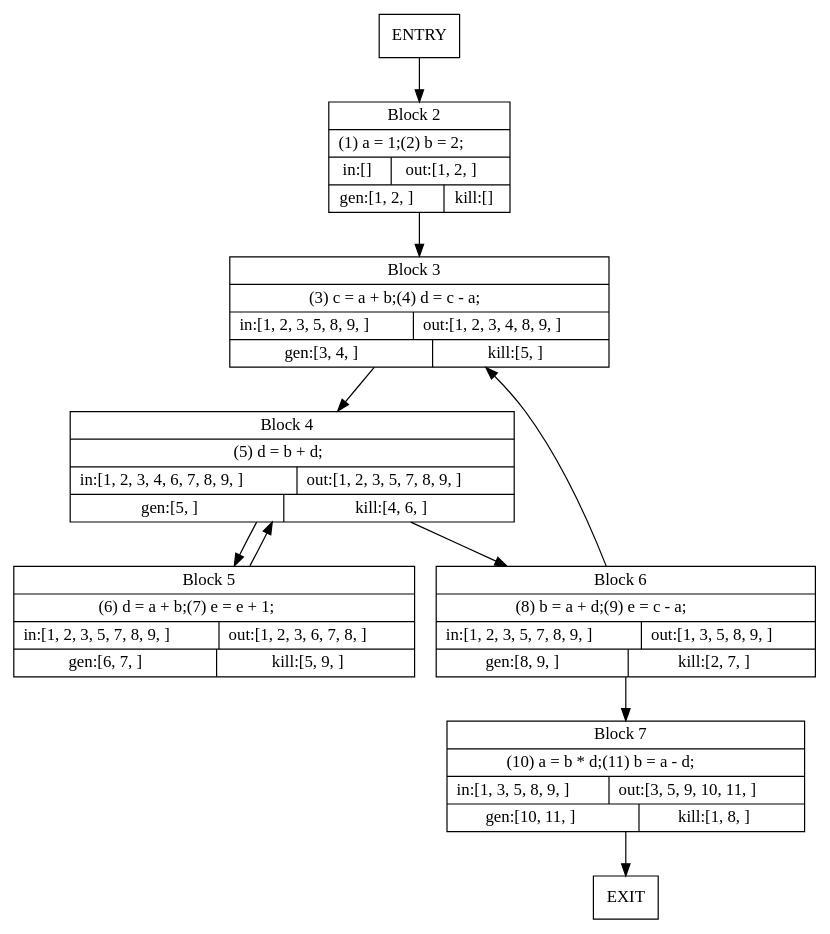
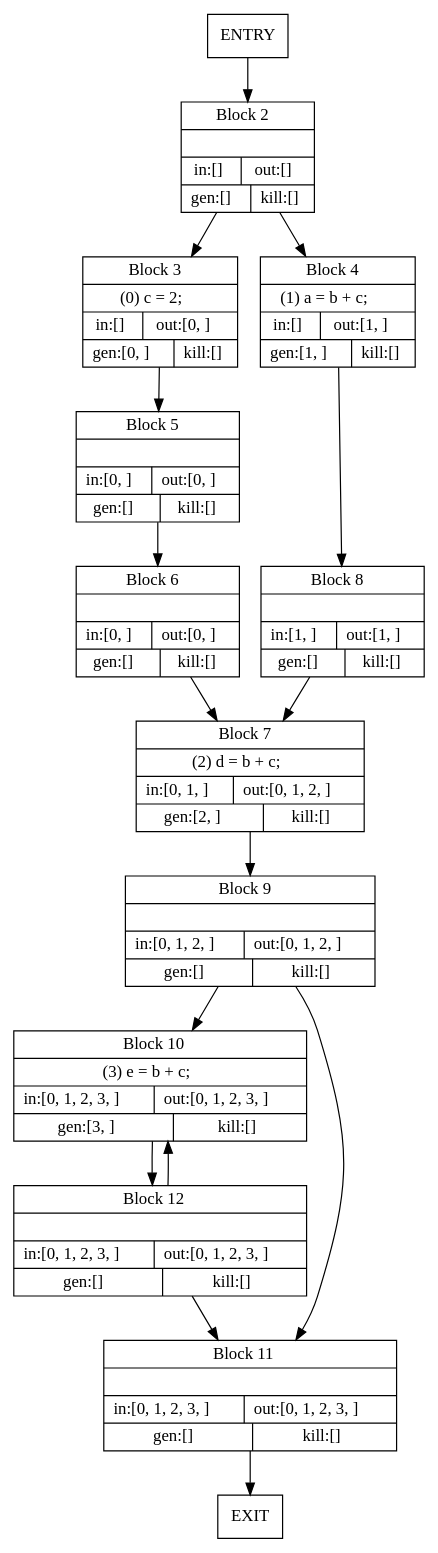
Before and after one commit to 0Marble/dataflow_in_zig: the diagram in rd.dot, drawn with Graphviz. The commit also changed 14 other files, not shown here.

```diff
--- a/rd.dot
+++ b/rd.dot
@@ -1,20 +1,31 @@
 digraph {
 node [shape=record];
 0 [label="ENTRY"];
 1 [label="EXIT"];
-2 [label=<{Block 2|(1) a = 1;(2) b = 2;|{in:[]|out:[1, 2, ]}|{gen:[1, 2, ]|kill:[]}}>];
-3 [label=<{Block 3|(3) c = a + b;(4) d = c - a;|{in:[1, 2, 3, 5, 8, 9, ]|out:[1, 2, 3, 4, 8, 9, ]}|{gen:[3, 4, ]|kill:[5, ]}}>];
-4 [label=<{Block 4|(5) d = b + d;|{in:[1, 2, 3, 4, 6, 7, 8, 9, ]|out:[1, 2, 3, 5, 7, 8, 9, ]}|{gen:[5, ]|kill:[4, 6, ]}}>];
-5 [label=<{Block 5|(6) d = a + b;(7) e = e + 1;|{in:[1, 2, 3, 5, 7, 8, 9, ]|out:[1, 2, 3, 6, 7, 8, ]}|{gen:[6, 7, ]|kill:[5, 9, ]}}>];
-6 [label=<{Block 6|(8) b = a + d;(9) e = c - a;|{in:[1, 2, 3, 5, 7, 8, 9, ]|out:[1, 3, 5, 8, 9, ]}|{gen:[8, 9, ]|kill:[2, 7, ]}}>];
-7 [label=<{Block 7|(10) a = b * d;(11) b = a - d;|{in:[1, 3, 5, 8, 9, ]|out:[3, 5, 9, 10, 11, ]}|{gen:[10, 11, ]|kill:[1, 8, ]}}>];
+2 [label=<{Block 2||{in:[]|out:[]}|{gen:[]|kill:[]}}>];
+3 [label=<{Block 3|(0) c = 2;|{in:[]|out:[0, ]}|{gen:[0, ]|kill:[]}}>];
+4 [label=<{Block 4|(1) a = b + c;|{in:[]|out:[1, ]}|{gen:[1, ]|kill:[]}}>];
+5 [label=<{Block 5||{in:[0, ]|out:[0, ]}|{gen:[]|kill:[]}}>];
+6 [label=<{Block 6||{in:[0, ]|out:[0, ]}|{gen:[]|kill:[]}}>];
+7 [label=<{Block 7|(2) d = b + c;|{in:[0, 1, ]|out:[0, 1, 2, ]}|{gen:[2, ]|kill:[]}}>];
+8 [label=<{Block 8||{in:[1, ]|out:[1, ]}|{gen:[]|kill:[]}}>];
+9 [label=<{Block 9||{in:[0, 1, 2, ]|out:[0, 1, 2, ]}|{gen:[]|kill:[]}}>];
+10 [label=<{Block 10|(3) e = b + c;|{in:[0, 1, 2, 3, ]|out:[0, 1, 2, 3, ]}|{gen:[3, ]|kill:[]}}>];
+11 [label=<{Block 11||{in:[0, 1, 2, 3, ]|out:[0, 1, 2, 3, ]}|{gen:[]|kill:[]}}>];
+12 [label=<{Block 12||{in:[0, 1, 2, 3, ]|out:[0, 1, 2, 3, ]}|{gen:[]|kill:[]}}>];
 0 -> 2;
 2 -> 3;
-3 -> 4;
-4 -> 5;
-4 -> 6;
-5 -> 4;
-6 -> 3;
+2 -> 4;
+3 -> 5;
+4 -> 8;
+5 -> 6;
 6 -> 7;
-7 -> 1;
+7 -> 9;
+8 -> 7;
+9 -> 10;
+9 -> 11;
+10 -> 12;
+11 -> 1;
+12 -> 10;
+12 -> 11;
 }
```
